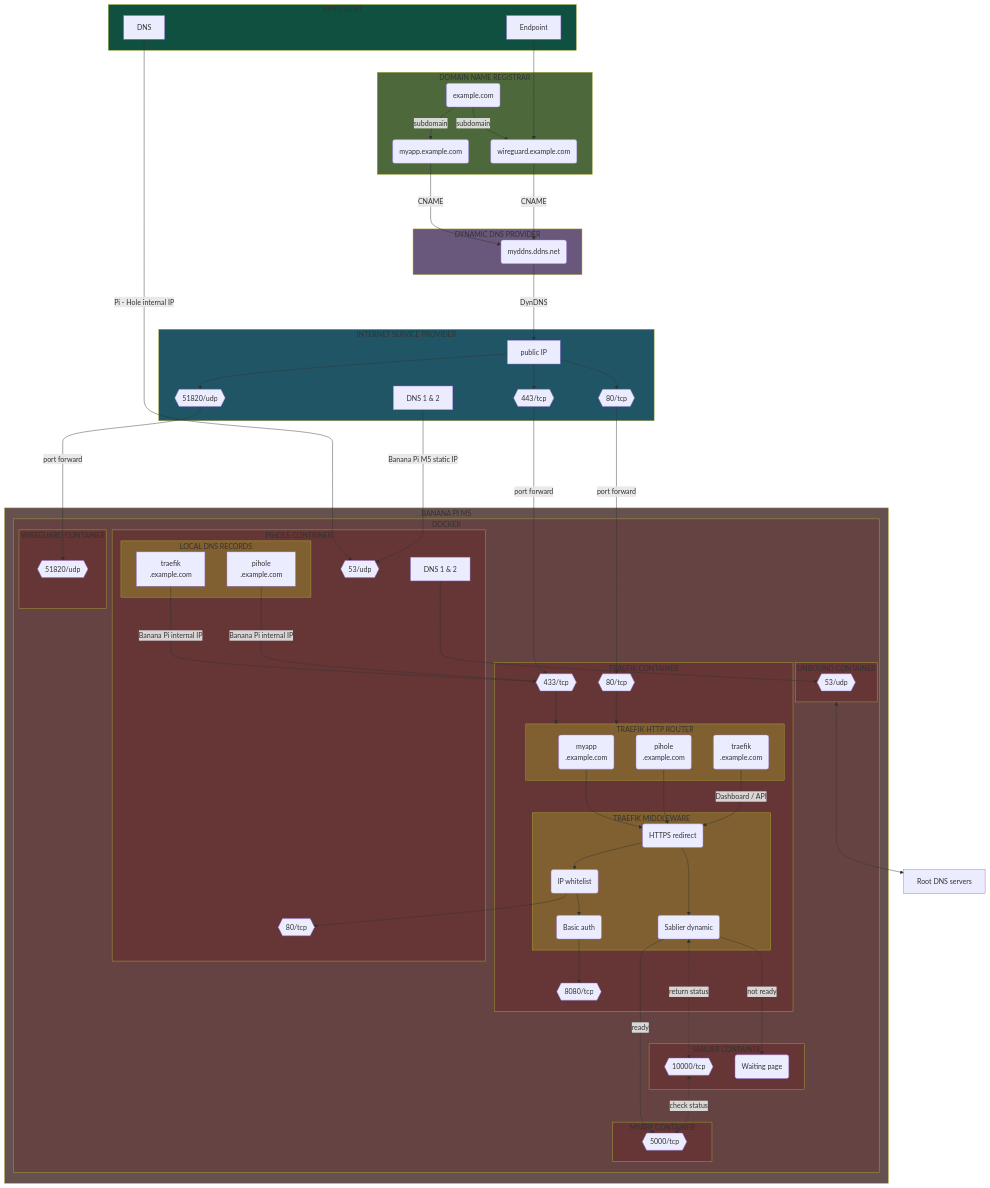
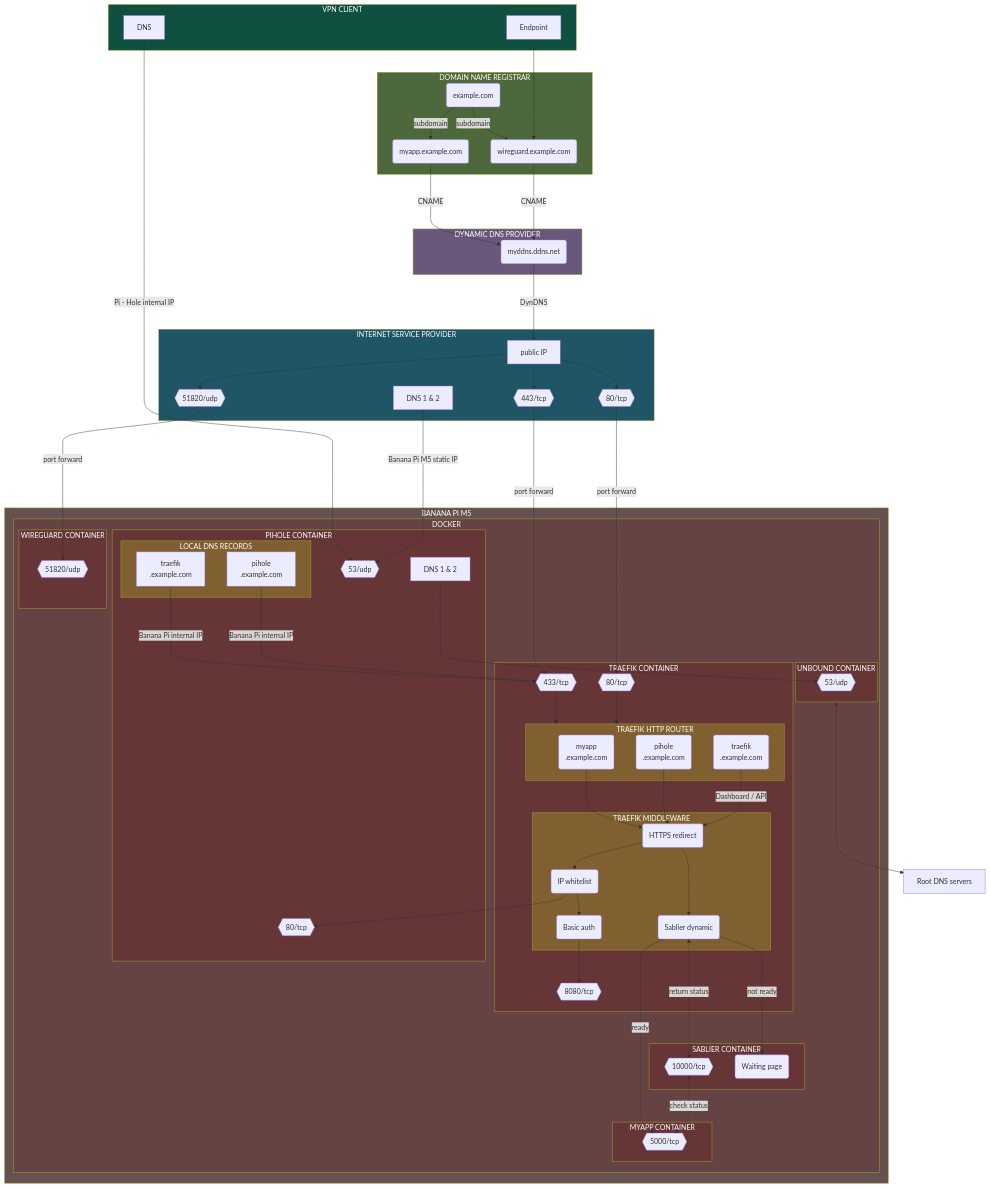
The first of 19 diagrams in README.md (Yann39/self-hosted), drawn with Mermaid before and after one commit. The commit also changed other lines of this file, not shown here.

Commit message:
force white text on dark background on every mermaid diagram, so it is readable in light mode

````diff
--- a/README.md
+++ b/README.md
@@ -191,20 +191,20 @@
 ```mermaid
 flowchart TB
-    style HOSTING_PROVIDER fill: #4d683b
-    style DDNS_PROVIDER fill: #69587b
-    style INTERNET_SERVICE_PROVIDER fill: #205566
-    style SINGLE_BOARD_COMPUTER fill: #665151
-    style CONTAINER_ENGINE fill: #664343
-    style TRAEFIK_CONTAINER fill: #663535
-    style PIHOLE_CONTAINER fill: #663535
-    style SABLIER_CONTAINER fill: #663535
-    style UNBOUND_CONTAINER fill: #663535
-    style MYAPP_CONTAINER fill: #663535
-    style WIREGUARD_CONTAINER fill: #663535
-    style TRAEFIK_ROUTER fill: #806030
-    style TRAEFIK_MIDDLEWARE fill: #806030
-    style VPN_CLIENT fill: #105040
-    style PIHOLE_DNS_RECORDS fill: #806030
+    style HOSTING_PROVIDER fill:#4d683b,color:#fff
+    style DDNS_PROVIDER fill:#69587b,color:#fff
+    style INTERNET_SERVICE_PROVIDER fill:#205566,color:#fff
+    style SINGLE_BOARD_COMPUTER fill:#665151,color:#fff
+    style CONTAINER_ENGINE fill:#664343,color:#fff
+    style TRAEFIK_CONTAINER fill:#663535,color:#fff
+    style PIHOLE_CONTAINER fill:#663535,color:#fff
+    style SABLIER_CONTAINER fill:#663535,color:#fff
+    style UNBOUND_CONTAINER fill:#663535,color:#fff
+    style MYAPP_CONTAINER fill:#663535,color:#fff
+    style WIREGUARD_CONTAINER fill:#663535,color:#fff
+    style TRAEFIK_ROUTER fill:#806030,color:#fff
+    style TRAEFIK_MIDDLEWARE fill:#806030,color:#fff
+    style VPN_CLIENT fill:#105040,color:#fff
+    style PIHOLE_DNS_RECORDS fill:#806030,color:#fff
     DOMAIN(example.com)
     SUBDOMAIN_WIREGUARD(wireguard.example.com)
     SUBDOMAIN_MYAPP(myapp.example.com)
````
